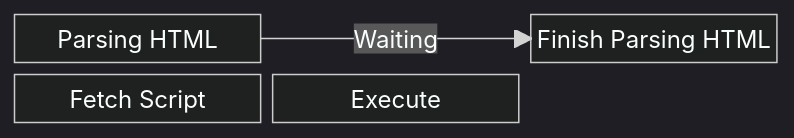
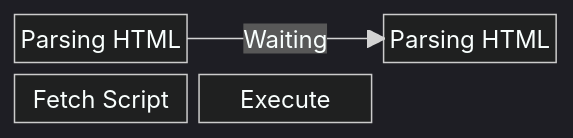
Before and after one commit to abhinaya-aryal/javascript_note: the second of 3 diagrams in README.md, drawn with Mermaid. The commit also changed other lines of this file, not shown here.

````diff
--- a/README.md
+++ b/README.md
@@ -2640,8 +2626,8 @@
 ```mermaid
 %%{init: {'theme':'dark'}}%%
 block-beta
   columns 3
-  a["Parsing HTML"] space b["Finish Parsing HTML"]
+  a["Parsing HTML"] space b["Parsing HTML"]
   a--"Waiting"--->b
   c["Fetch Script"] d["Execute"]
 ```
````
